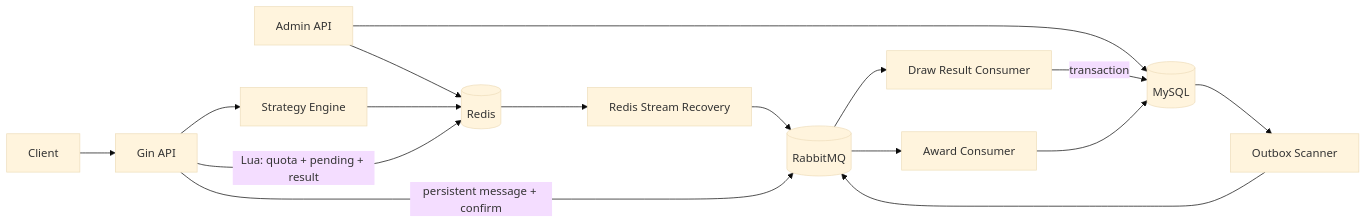
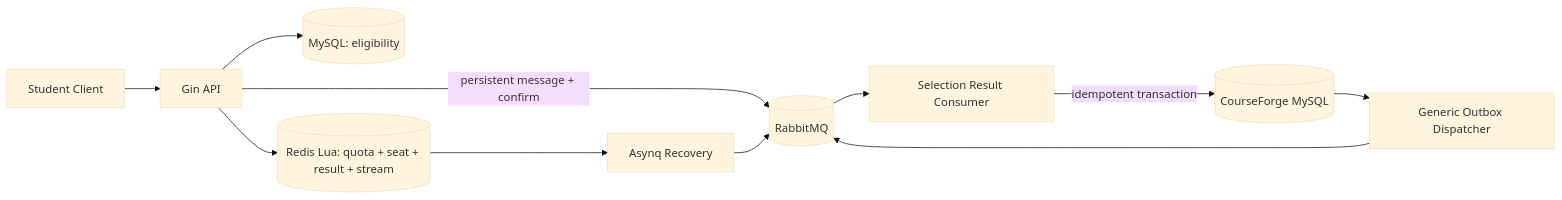
One commit to yywencs/CourseForge changed the diagram in README.md. Above: the diagram before and after it, drawn with Mermaid (base theme). The commit also changed other lines of this file and 119 other files, not shown here.

````diff
--- a/README.md
+++ b/README.md
@@ -18,21 +22,13 @@
 ```mermaid
 flowchart LR
-    Client["Client"] --> API["Gin API"]
-    Admin["Admin API"] --> MySQL[("MySQL")]
-    Admin --> Redis[("Redis")]
-
-    API --> Strategy["Strategy Engine"]
-    Strategy --> Redis
-    API -->|"Lua: quota + pending + result"| Redis
+    Client["Student Client"] --> API["Gin API"]
+    API --> MySQLRead[("MySQL: eligibility")]
+    API --> Redis[("Redis Lua: quota + seat + result + stream")]
     API -->|"persistent message + confirm"| RabbitMQ[("RabbitMQ")]
-
-    RabbitMQ --> DrawConsumer["Draw Result Consumer"]
-    DrawConsumer -->|"transaction"| MySQL
-    MySQL --> Outbox["Outbox Scanner"]
+    RabbitMQ --> Consumer["Selection Result Consumer"]
+    Consumer -->|"idempotent transaction"| MySQL[("CourseForge MySQL")]
+    Redis --> Recovery["Asynq Recovery"]
+    Recovery --> RabbitMQ
+    MySQL --> Outbox["Generic Outbox Dispatcher"]
     Outbox --> RabbitMQ
-    RabbitMQ --> AwardConsumer["Award Consumer"]
-    AwardConsumer --> MySQL
-
-    Redis --> Stream["Redis Stream Recovery"]
-    Stream --> RabbitMQ
 ```
````
